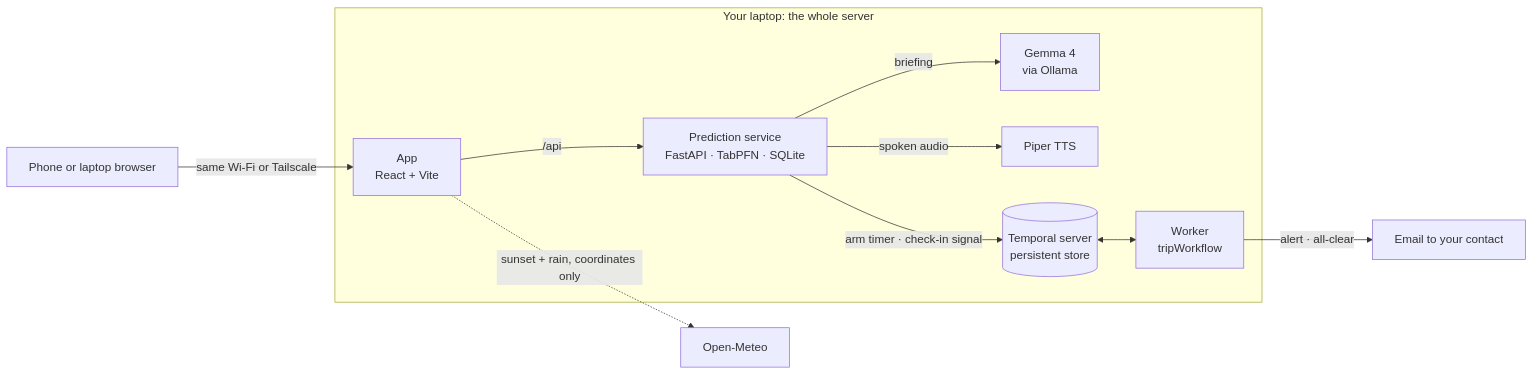
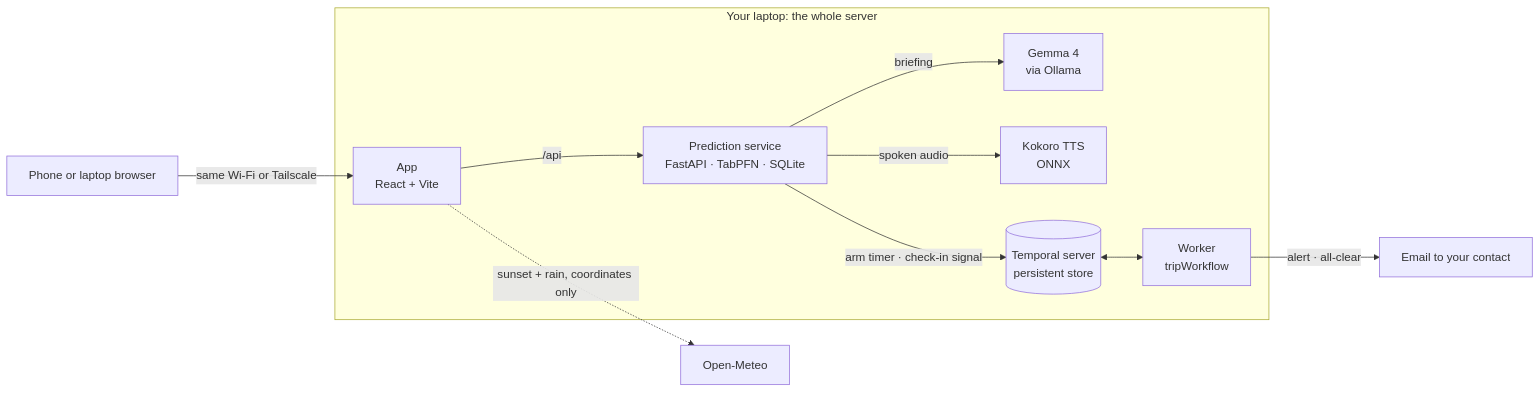
Before and after one commit to CodeNeuron58/Turnaround: the diagram in README.md, drawn with Mermaid. The commit also changed other lines of this file and 12 other files, not shown here.

````diff
--- a/README.md
+++ b/README.md
@@ -65,13 +67,13 @@
 ```mermaid
 flowchart LR
   phone["Phone or laptop browser"] -->|"same Wi-Fi or Tailscale"| app
   subgraph laptop["Your laptop: the whole server"]
     app["App<br/>React + Vite"] -->|"/api"| svc["Prediction service<br/>FastAPI · TabPFN · SQLite"]
     svc -->|"briefing"| gemma["Gemma 4<br/>via Ollama"]
-    svc -->|"spoken audio"| piper["Piper TTS"]
+    svc -->|"spoken audio"| tts["Kokoro TTS<br/>ONNX"]
     svc -->|"arm timer · check-in signal"| tmp[("Temporal server<br/>persistent store")]
     tmp <--> wk["Worker<br/>tripWorkflow"]
   end
   wk -->|"alert · all-clear"| mail["Email to your contact"]
   app -.->|"sunset + rain, coordinates only"| om["Open-Meteo"]
 ```
````
